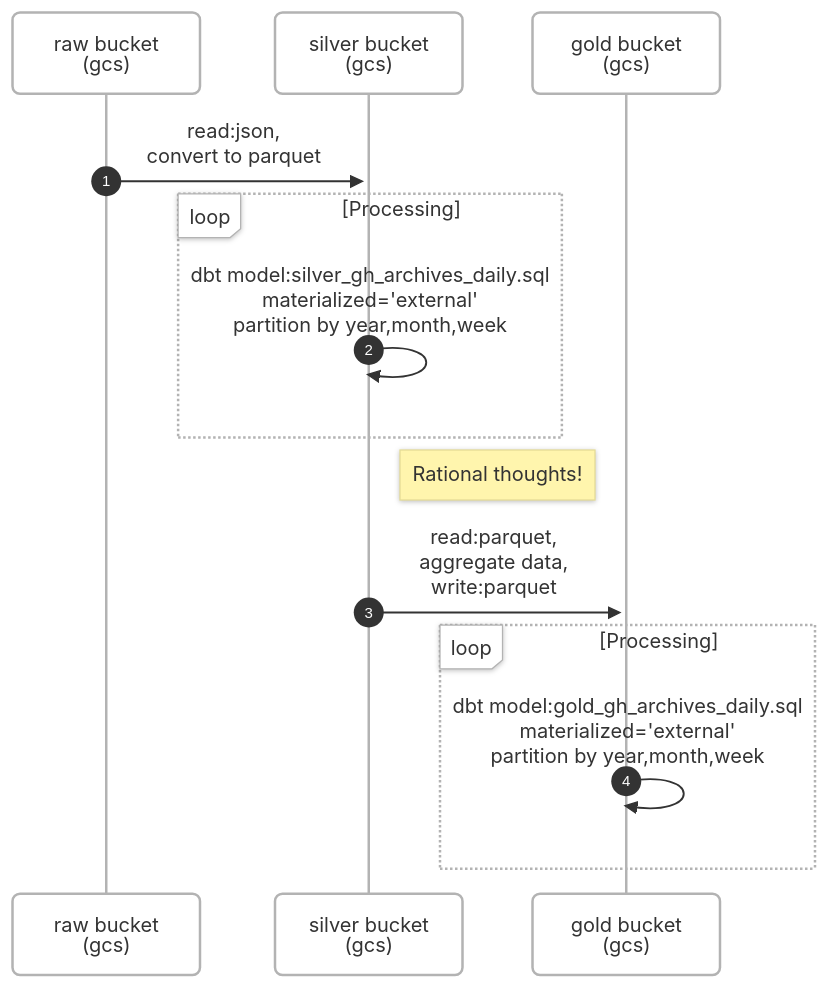
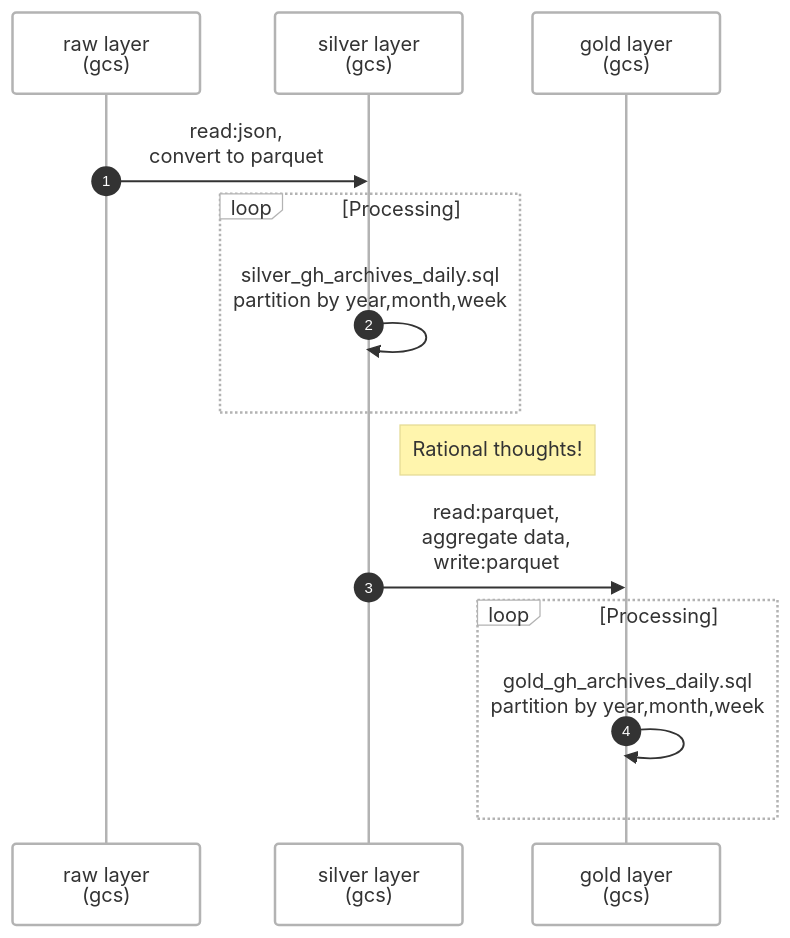
Before and after one commit to srikanthkote/trade_dbt_project: the second of 2 diagrams in README.md, drawn with Mermaid. The commit also changed other lines of this file and 4 other files, not shown here.

````diff
--- a/README.md
+++ b/README.md
@@ -26,22 +26,21 @@
 ```mermaid
 ---
 config:
   theme: neo
-  look: neo
 ---
 sequenceDiagram
-  participant Alice as raw bucket<br>(gcs)
-  participant John as silver bucket<br>(gcs)
-  participant Bob as gold bucket<br>(gcs)
+  participant Alice as raw layer<br>(gcs)
+  participant John as silver layer<br>(gcs)
+  participant Bob as gold layer<br>(gcs)
 
   autonumber
   Alice ->> John: read:json, <br>convert to parquet
   loop Processing
-    John ->> John: dbt model:silver_gh_archives_daily.sql <br> materialized='external' <br> partition by year,month,week
+    John ->> John: silver_gh_archives_daily.sql <br> partition by year,month,week
   end
   Note right of John: Rational thoughts!
   John ->> Bob: read:parquet, <br>aggregate data, <br>write:parquet
   loop Processing
-    Bob ->> Bob: dbt model:gold_gh_archives_daily.sql <br>materialized='external' <br> partition by year,month,week
+    Bob ->> Bob: gold_gh_archives_daily.sql <br> partition by year,month,week
   end  
 ```
````
